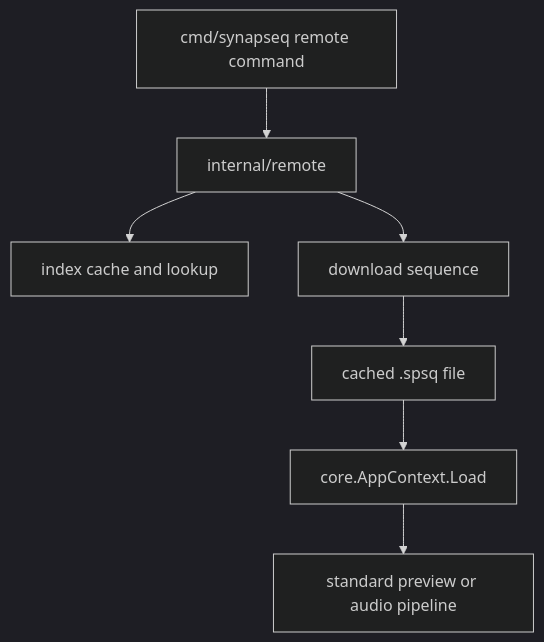
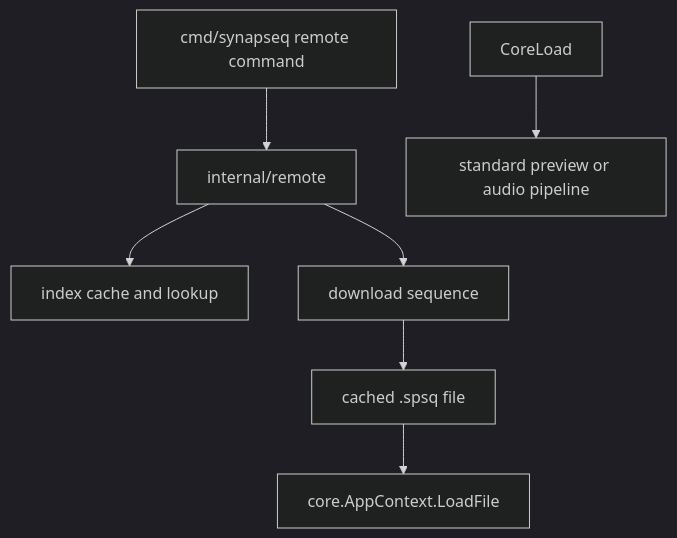
One commit to synapseq-foundation/synapseq changed the fifth of 5 diagrams in docs/ARCHITECTURE.md. Above: the diagram before and after it, drawn with Mermaid (dark theme). The commit also changed other lines of this file and 11 other files, not shown here.

Commit message:
feat: load spsq content from string with LoadContent()

````diff
--- a/docs/ARCHITECTURE.md
+++ b/docs/ARCHITECTURE.md
@@ -337,9 +337,9 @@
 ```mermaid
 flowchart TD
 	RemoteCommand[cmd/synapseq remote command] --> RemoteAPI[internal/remote]
 	RemoteAPI --> Index[index cache and lookup]
 	RemoteAPI --> Download[download sequence]
 	Download --> CachedSPSQ[cached .spsq file]
-	CachedSPSQ --> CoreLoad[core.AppContext.Load]
+	CachedSPSQ --> CoreLoadFile[core.AppContext.LoadFile]
 	CoreLoad --> MainPipeline[standard preview or audio pipeline]
 ```
````
